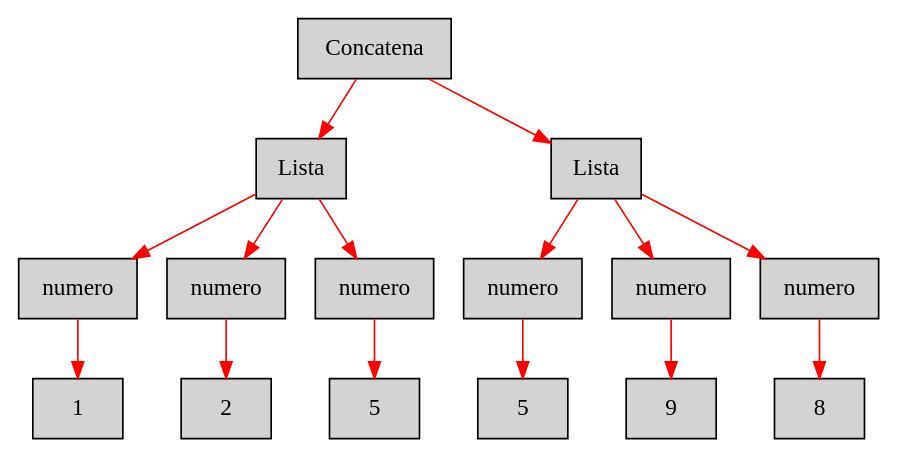
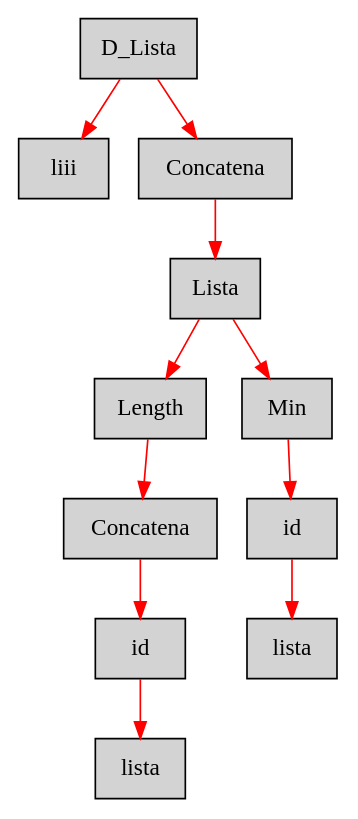
Before and after one commit to k12melissalima09sandoval/Proyecto: the diagram in AstConsola.dot, drawn with Graphviz. The commit also changed 21 other files, not shown here.

```diff
--- a/AstConsola.dot
+++ b/AstConsola.dot
@@ -1,18 +1,14 @@
 digraph G {node[shape=box, style=filled]; edge[color=red]
-node84634501[label="Concatena"];
- node84634501->node1174310407;node1174310407[label="Lista"];
- node1174310407->node355681525;node355681525[label="numero"];
- node355681525->node779456386;node779456386[label="1"];
- node1174310407->node1887211146;node1887211146[label="numero"];
- node1887211146->node1103341620;node1103341620[label="2"];
- node1174310407->node1322797077;node1322797077[label="numero"];
- node1322797077->node1288947667;node1288947667[label="5"];
- node84634501->node1489963037;node1489963037[label="Lista"];
- node1489963037->node76650808;node76650808[label="numero"];
- node76650808->node134603103;node134603103[label="5"];
- node1489963037->node1522160339;node1522160339[label="numero"];
- node1522160339->node2056599161;node2056599161[label="9"];
- node1489963037->node1917134922;node1917134922[label="numero"];
- node1917134922->node1433219140;node1433219140[label="8"];
+node1208452244[label="D_Lista"];
+ node1208452244->node778175396;node778175396[label="liii"];
+ node1208452244->node202177840;node202177840[label="Concatena"];
+ node202177840->node1611416467;node1611416467[label="Lista"];
+ node1611416467->node341530658;node341530658[label="Length"];
+ node341530658->node714741294;node714741294[label="Concatena"];
+ node714741294->node1100254000;node1100254000[label="id"];
+ node1100254000->node1124489290;node1124489290[label="lista"];
+ node1611416467->node231899712;node231899712[label="Min"];
+ node231899712->node1996738226;node1996738226[label="id"];
+ node1996738226->node313202281;node313202281[label="lista"];
 
 }
```
